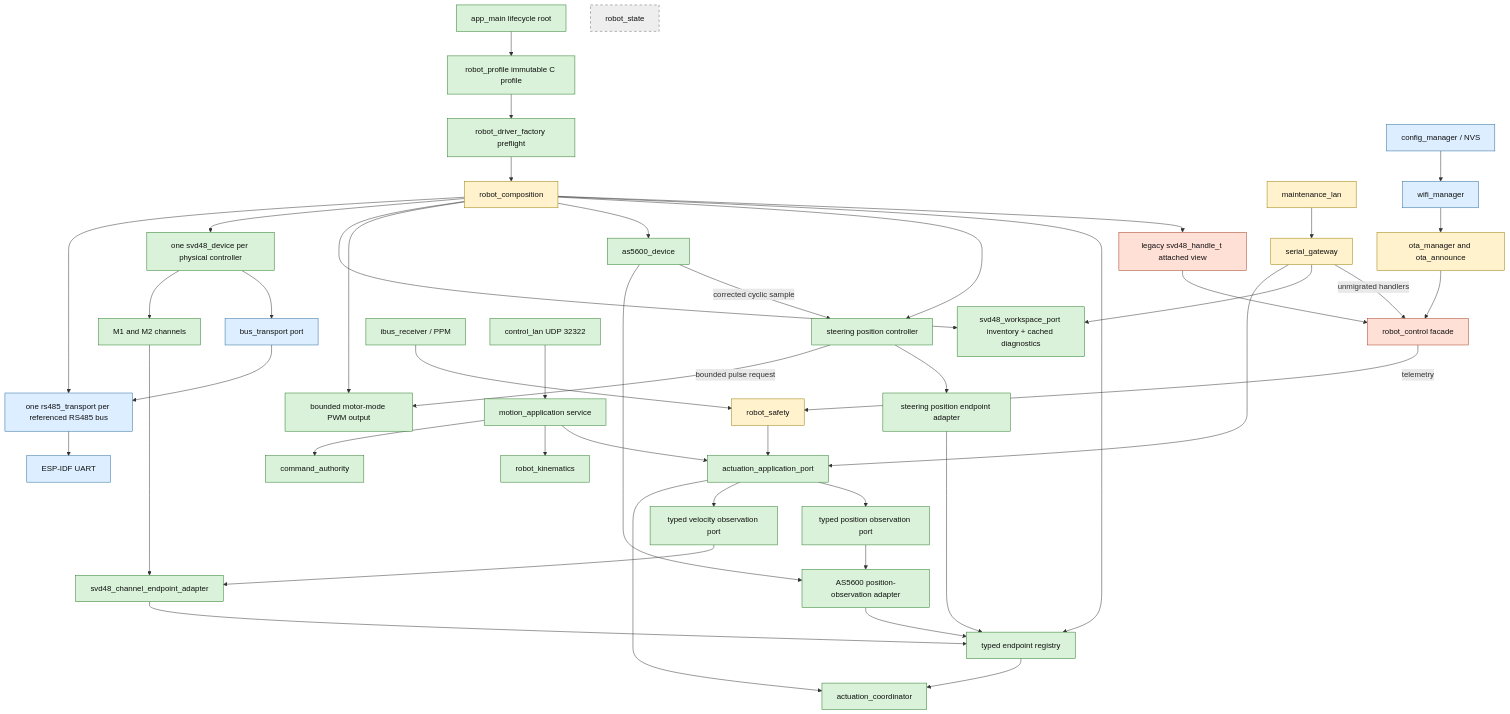
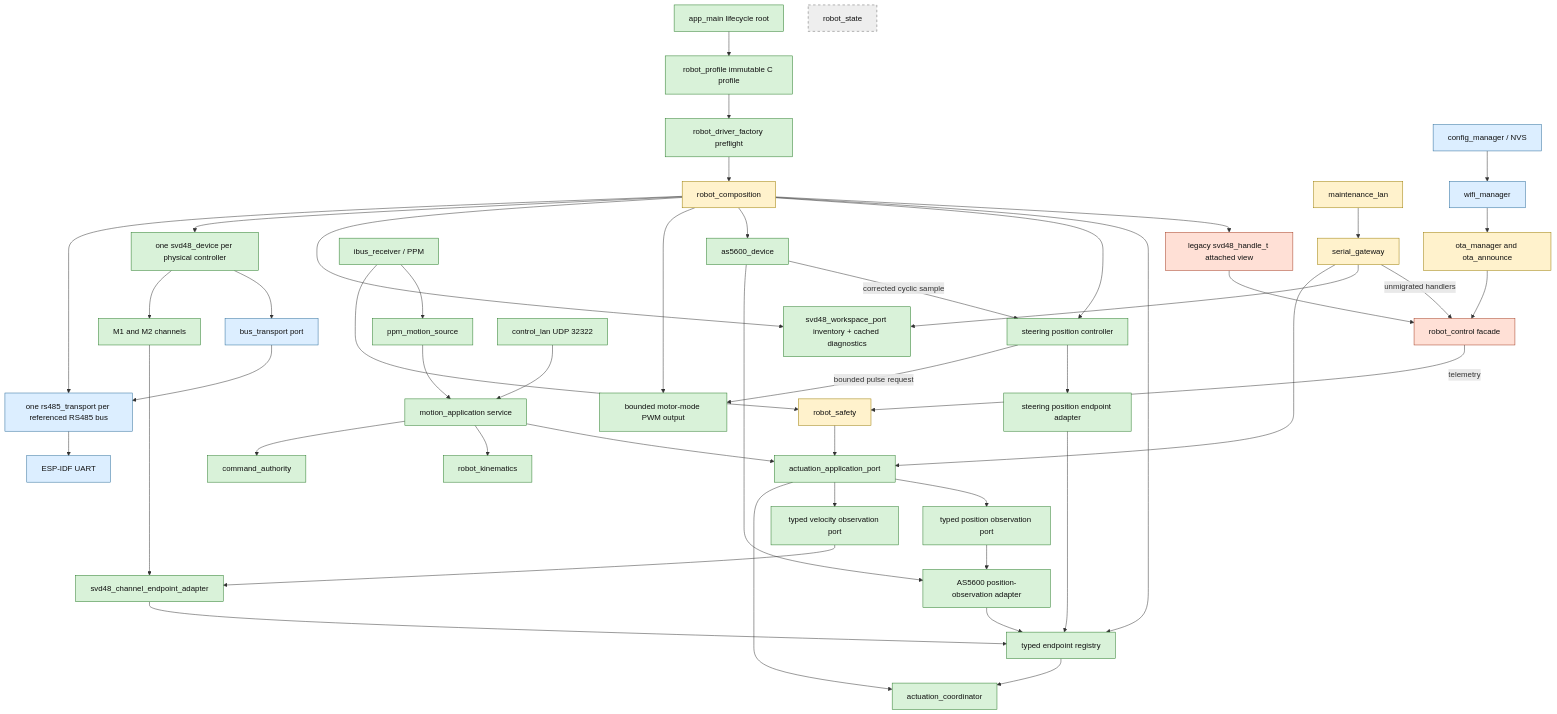
One commit to juanpmz2001/sistema-motriz-rs485 changed the first of 5 diagrams in docs/ARCHITECTURE.md. Above: the diagram before and after it, drawn with Mermaid. The commit also changed other lines of this file and 29 other files, not shown here.

Commit message:
feat: add Rafa PPM motion source and stabilize SVD health

````diff
--- a/docs/ARCHITECTURE.md
+++ b/docs/ARCHITECTURE.md
@@ -20,56 +20,57 @@
 ```mermaid
 flowchart TB
   classDef active fill:#d9f2d9,stroke:#287a28,color:#111
   classDef transition fill:#fff2cc,stroke:#9a7b00,color:#111
   classDef legacy fill:#ffe0d6,stroke:#a33a20,color:#111
   classDef dormant fill:#eeeeee,stroke:#666,stroke-dasharray:5 5,color:#111
   classDef infra fill:#dceeff,stroke:#286a9a,color:#111
 
   MAIN[app_main lifecycle root]:::active --> PROFILE[robot_profile immutable C profile]:::active
   PROFILE --> PREFLIGHT[robot_driver_factory preflight]:::active
   PREFLIGHT --> COMPOSE[robot_composition]:::transition
   COMPOSE --> RSBUS[one rs485_transport per referenced RS485 bus]:::infra
   COMPOSE --> DEV[one svd48_device per physical controller]:::active
   COMPOSE --> WORKSPACE[svd48_workspace_port inventory + cached diagnostics]:::active
   COMPOSE --> PWM[bounded motor-mode PWM output]:::active
   COMPOSE --> AS5600[as5600_device]:::active
   COMPOSE --> STEER[steering position controller]:::active
   COMPOSE --> REG[typed endpoint registry]:::active
   DEV --> CHANNEL[M1 and M2 channels]:::active
   CHANNEL --> DIRECT[svd48_channel_endpoint_adapter]:::active
   DIRECT --> REG
   AS5600 --> ASOBS[AS5600 position-observation adapter]:::active
   ASOBS --> REG
   AS5600 -->|corrected cyclic sample| STEER
   STEER -->|bounded pulse request| PWM
   STEER --> STEERADAPT[steering position endpoint adapter]:::active
   STEERADAPT --> REG
   REG --> COORD[actuation_coordinator]:::active
   RSBUS --> UART[ESP-IDF UART]:::infra
   DEV --> BUSPORT[bus_transport port]:::infra --> RSBUS
 
   SERIAL[serial_gateway]:::transition --> APP[actuation_application_port]:::active
   SERIAL --> WORKSPACE
   APP --> COORD
   APP --> VOBS[typed velocity observation port]:::active
   APP --> POBS[typed position observation port]:::active
   VOBS --> DIRECT
   POBS --> ASOBS
   SAFETY[robot_safety]:::transition --> APP
   MAINT[maintenance_lan]:::transition --> SERIAL
   RC[ibus_receiver / PPM]:::active --> SAFETY
+  RC --> PPMSRC[ppm_motion_source]:::active --> MOTION
 
   CLAN[control_lan UDP 32322]:::active --> MOTION[motion_application service]:::active
   MOTION --> AUTH[command_authority]:::active
   MOTION --> KIN[robot_kinematics]:::active
   MOTION --> APP
 
   COMPOSE --> WRAP[legacy svd48_handle_t attached view]:::legacy
   WRAP --> CONTROL[robot_control facade]:::legacy
   SERIAL -->|unmigrated handlers| CONTROL
   CONTROL -->|telemetry| SAFETY
   OTA[ota_manager and ota_announce]:::transition --> CONTROL
   CONFIG[config_manager / NVS]:::infra --> WIFI[wifi_manager]:::infra --> OTA
 
   STATE[robot_state]:::dormant
 ```
````
